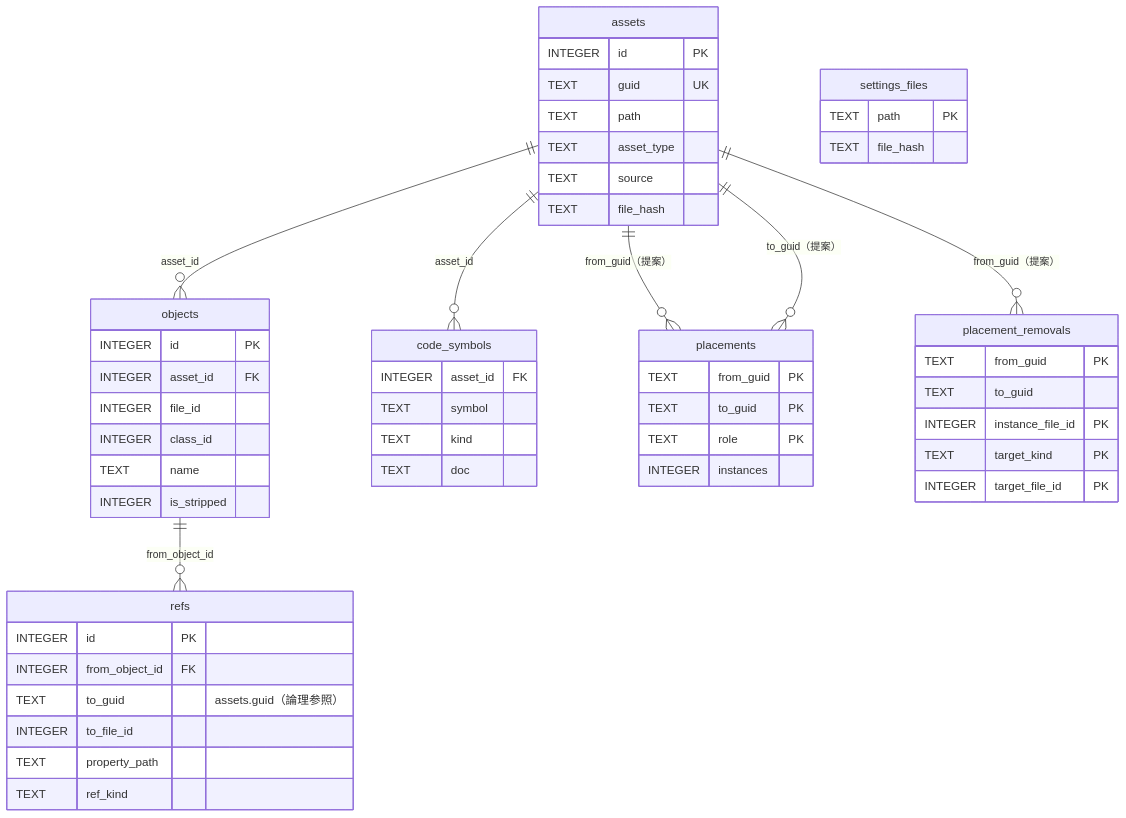
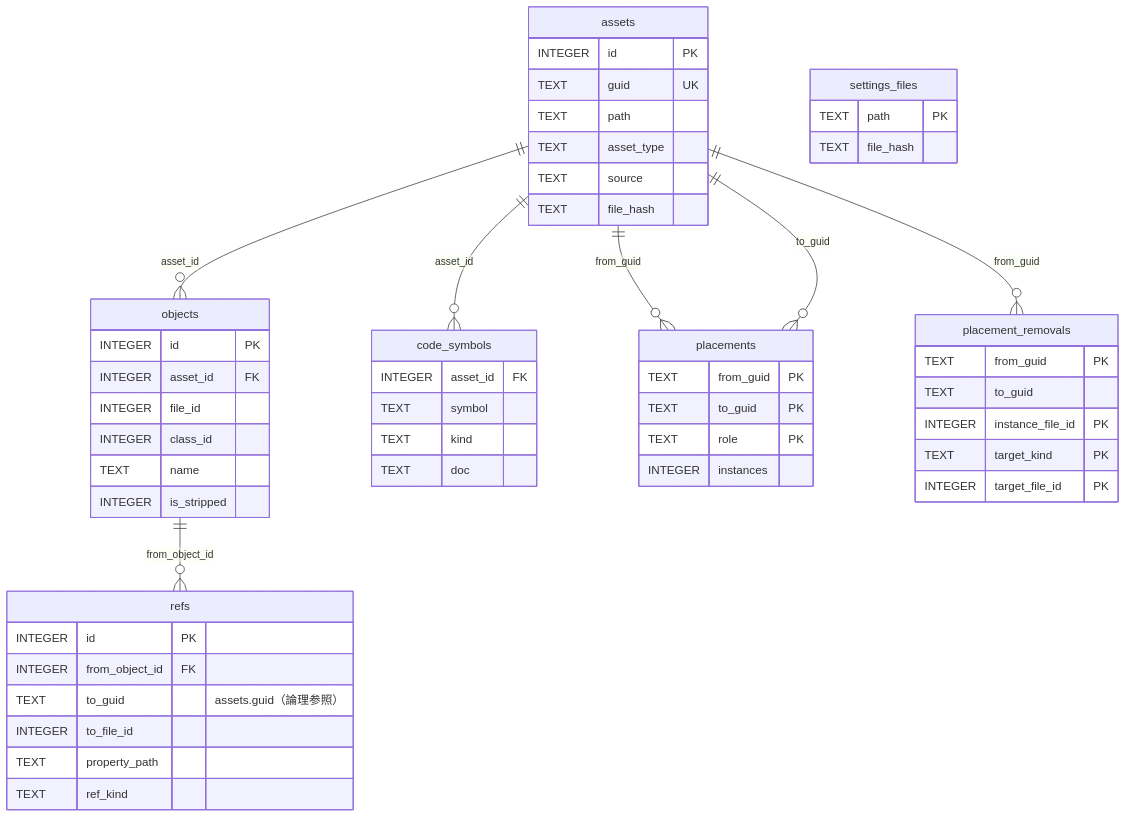
One commit to murnana/unity-ariadne changed the diagram in docs/spec/databases/graph-db.md. Above: the diagram before and after it, drawn with Mermaid. The commit also changed other lines of this file and 19 other files, not shown here.

First line of the commit message:
Add expanded_count and placement tables (N-8, schema v4)

````diff
--- a/docs/spec/databases/graph-db.md
+++ b/docs/spec/databases/graph-db.md
@@ -9,56 +9,56 @@
 ```mermaid
 erDiagram
     assets ||--o{ objects : "asset_id"
     objects ||--o{ refs : "from_object_id"
     assets ||--o{ code_symbols : "asset_id"
-    assets ||--o{ placements : "from_guid（提案）"
-    assets ||--o{ placements : "to_guid（提案）"
-    assets ||--o{ placement_removals : "from_guid（提案）"
+    assets ||--o{ placements : "from_guid"
+    assets ||--o{ placements : "to_guid"
+    assets ||--o{ placement_removals : "from_guid"
     assets {
         INTEGER id PK
         TEXT guid UK
         TEXT path
         TEXT asset_type
         TEXT source
         TEXT file_hash
     }
     objects {
         INTEGER id PK
         INTEGER asset_id FK
         INTEGER file_id
         INTEGER class_id
         TEXT name
         INTEGER is_stripped
     }
     refs {
         INTEGER id PK
         INTEGER from_object_id FK
         TEXT to_guid "assets.guid（論理参照）"
         INTEGER to_file_id
         TEXT property_path
         TEXT ref_kind
     }
     code_symbols {
         INTEGER asset_id FK
         TEXT symbol
         TEXT kind
         TEXT doc
     }
     settings_files {
         TEXT path PK
         TEXT file_hash
     }
     placements {
         TEXT from_guid PK
         TEXT to_guid PK
         TEXT role PK
         INTEGER instances
     }
     placement_removals {
         TEXT from_guid PK
         TEXT to_guid
         INTEGER instance_file_id PK
         TEXT target_kind PK
         INTEGER target_file_id PK
     }
 ```
````
